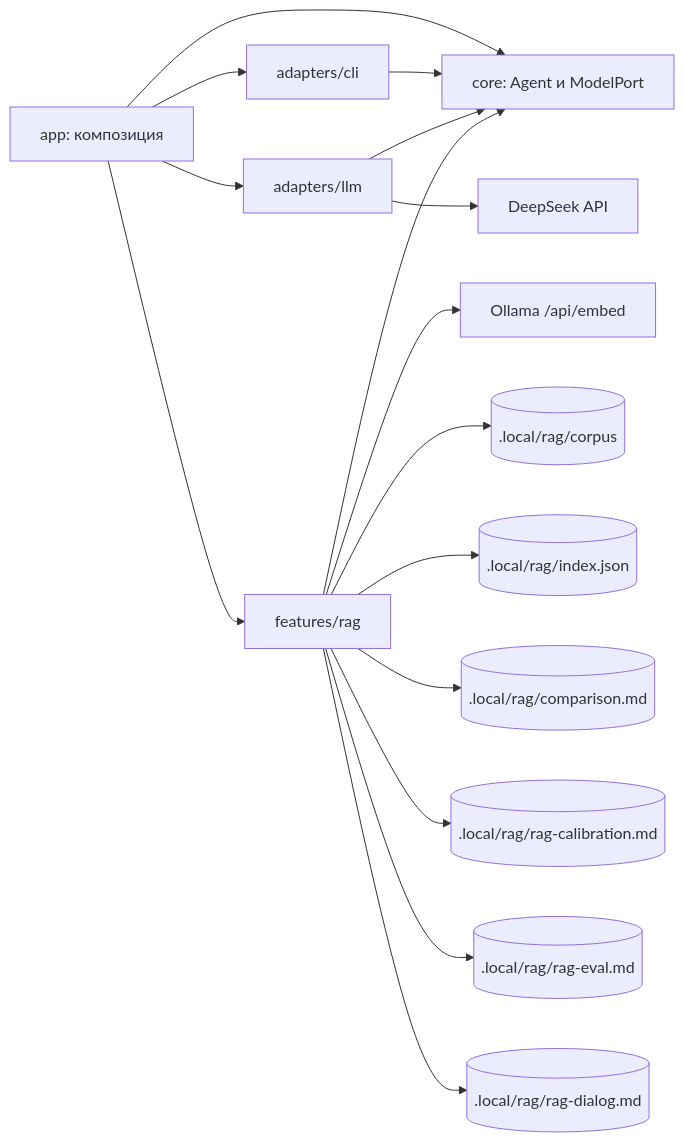
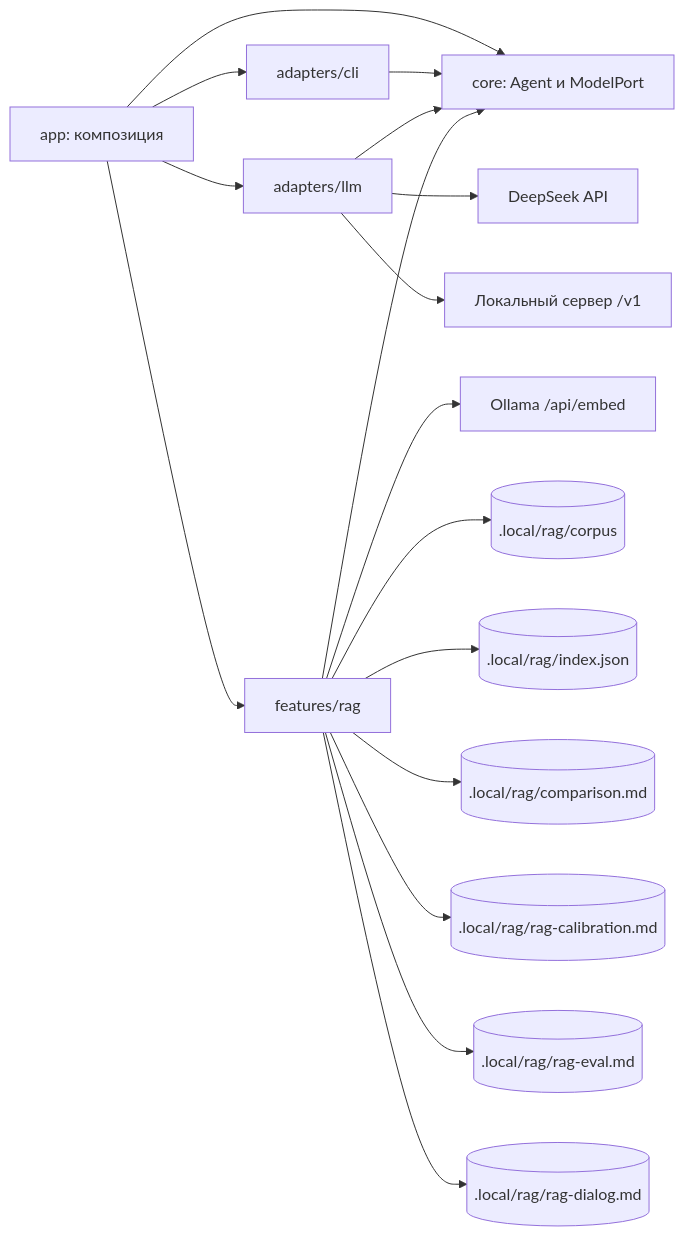
The diagram in ARCHITECTURE.md (maxonmars/rag-lab), drawn with Mermaid before and after one commit. The commit also changed other lines of this file and 18 other files, not shown here.

Commit message:
Add local LLM provider (OpenAI-compatible server)

````diff
--- a/ARCHITECTURE.md
+++ b/ARCHITECTURE.md
@@ -9,18 +9,19 @@
 ```mermaid
 flowchart LR
     App[app: композиция] --> Core[core: Agent и ModelPort]
     App --> CLI[adapters/cli]
     App --> LLM[adapters/llm]
     App --> Rag[features/rag]
     CLI --> Core
     LLM --> Core
     LLM --> DeepSeek[DeepSeek API]
+    LLM --> Local[Локальный сервер /v1]
     Rag --> Core
     Rag --> Ollama[Ollama /api/embed]
     Rag --> Corpus[(.local/rag/corpus)]
     Rag --> Index[(.local/rag/index.json)]
     Rag --> Report[(.local/rag/comparison.md)]
     Rag --> Calibration[(.local/rag/rag-calibration.md)]
     Rag --> EvalReport[(.local/rag/rag-eval.md)]
     Rag --> DialogReport[(.local/rag/rag-dialog.md)]
 ```
````
